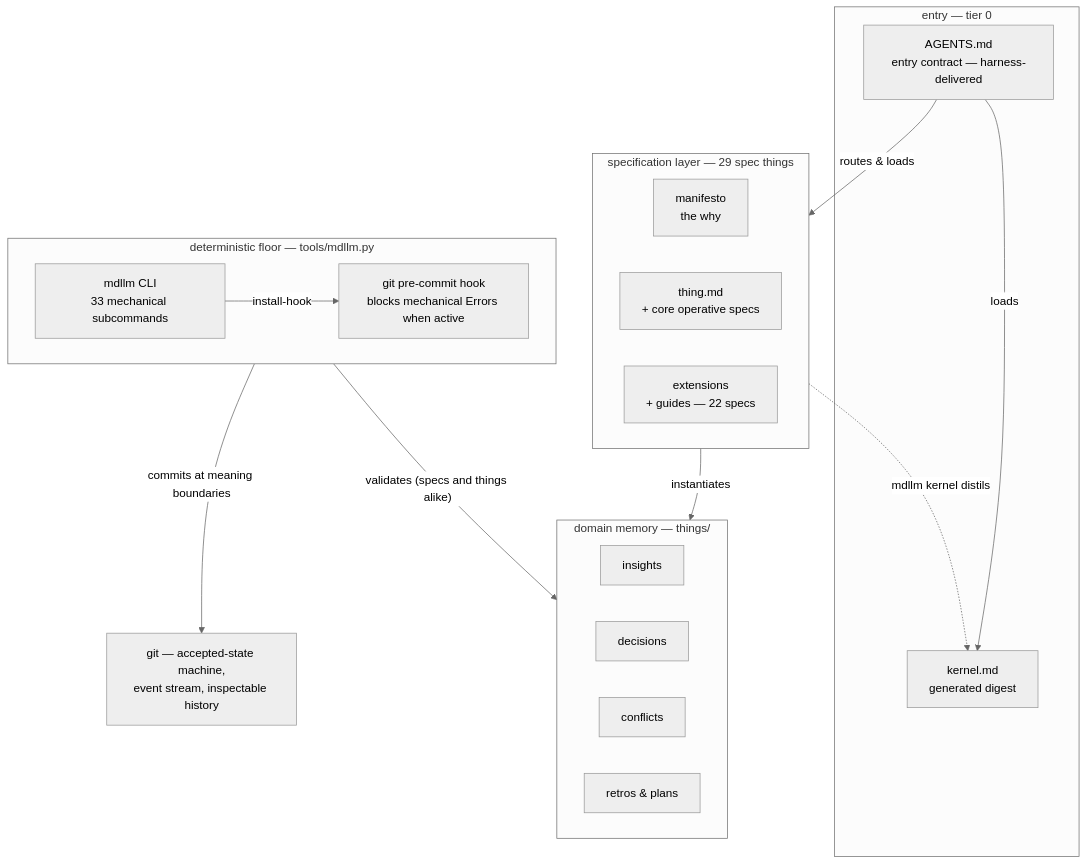
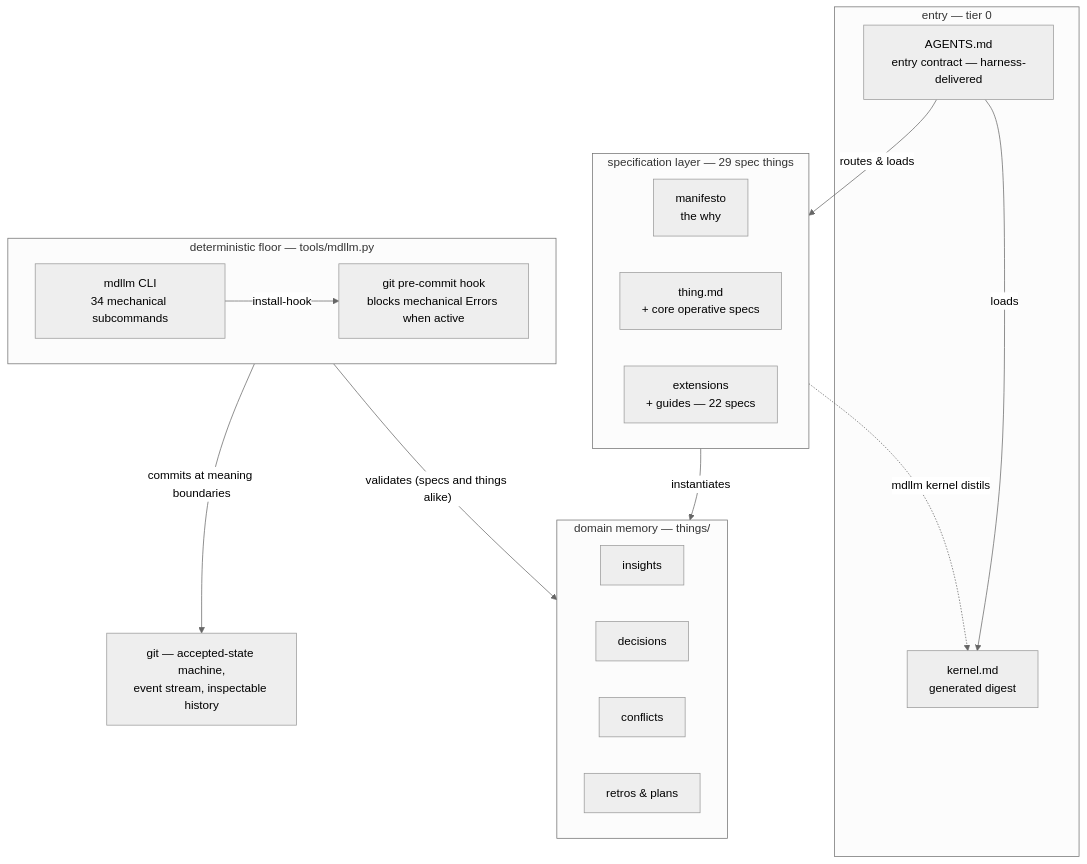
Before and after one commit to JanoshMoshiri/MarkdownLLM: the first of 5 diagrams in docs/framework-map.md, drawn with Mermaid (neutral theme). The commit also changed other lines of this file, not shown here.

````diff
--- a/docs/framework-map.md
+++ b/docs/framework-map.md
@@ -54,49 +54,49 @@
 ```mermaid
 flowchart TD
     accTitle: View 1 - the five bands of the framework, read top-down as a session's life
     accDescr {
         Five stacked bands. The entry band, tier 0, holds AGENTS.md as the
         harness-delivered entry contract and kernel.md as a generated digest. Below
         it the specification layer holds 29 spec things: the manifesto for the
         why, thing.md with the core operative specs, and 22 extension and guide
         specs. Below that, domain memory in the things directory holds insights,
         decisions, conflicts, retrospectives and plans. Below that, the
         deterministic floor is tools/mdllm.py, providing the mdllm CLI with 33
         mechanical subcommands and a git pre-commit hook that, when current and
         runnable, blocks commits with mechanical Errors. At the base, git is
         the accepted-state machine, event stream and inspectable audit aid.
         The edges run as follows. AGENTS.md loads the kernel and routes
         to the specs. The specs distil back up into the kernel via mdllm
         kernel, which is why that one edge points upward. The specs instantiate
         domain memory. The CLI installs the hook. The floor validates memory,
         specs and things alike, and commits at meaning boundaries into git.
     }
     subgraph entry ["entry — tier 0"]
         AGENTS["AGENTS.md<br/>entry contract — harness-delivered"]
         KERNEL["kernel.md<br/>generated digest"]
     end
     subgraph specs ["specification layer — 29 spec things"]
         MANIFESTO["manifesto<br/>the why"]
         THING["thing.md<br/>+ core operative specs"]
         EXT["extensions<br/>+ guides — 22 specs"]
     end
     subgraph memory ["domain memory — things/"]
         INSIGHTS["insights"]
         DECISIONS["decisions"]
         CONFLICTS["conflicts"]
         RETROS["retros & plans"]
     end
     subgraph floor ["deterministic floor — tools/mdllm.py"]
-        MDLLM["mdllm CLI<br/>33 mechanical subcommands"]
+        MDLLM["mdllm CLI<br/>34 mechanical subcommands"]
         HOOK["git pre-commit hook<br/>blocks mechanical Errors when active"]
     end
     GIT["git — accepted-state machine,<br/>event stream, inspectable history"]
 
     AGENTS -->|loads| KERNEL
     AGENTS -->|routes & loads| specs
     specs -.->|"mdllm kernel distils"| KERNEL
     specs -->|instantiates| memory
     MDLLM -->|install-hook| HOOK
     floor -->|"validates (specs and things alike)"| memory
     floor -->|commits at meaning boundaries| GIT
 ```
````
